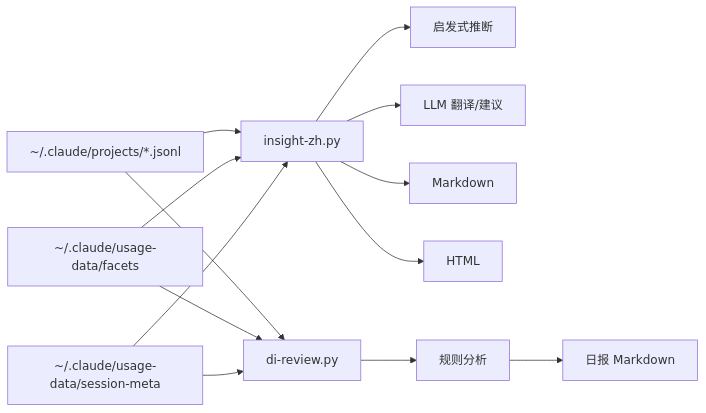
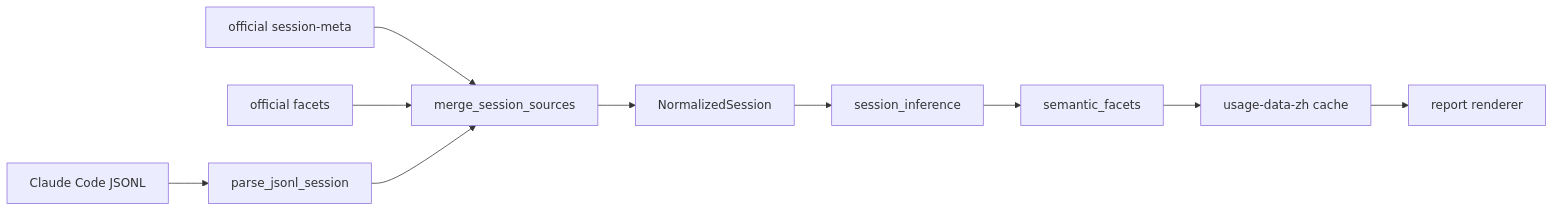
One commit to yang1996202-cpu/claude-code-insight-zh changed the diagram in docs/ARCHITECTURE.md. Above: the diagram before and after it, drawn with Mermaid. The commit also changed other lines of this file and 9 other files, not shown here.

````diff
--- a/docs/ARCHITECTURE.md
+++ b/docs/ARCHITECTURE.md
@@ -33,18 +35,12 @@
 ```mermaid
 flowchart LR
-  A[~/.claude/projects/*.jsonl] --> B[insight-zh.py]
-  C[~/.claude/usage-data/facets]
-  D[~/.claude/usage-data/session-meta]
-  C --> B
-  D --> B
-  B --> E[启发式推断]
-  B --> F[LLM 翻译/建议]
-  B --> G[Markdown]
-  B --> H[HTML]
-
-  A --> I[di-review.py]
-  C --> I
-  D --> I
-  I --> J[规则分析]
-  J --> K[日报 Markdown]
+  A["Claude Code JSONL"] --> B["parse_jsonl_session"]
+  C["official session-meta"] --> D["merge_session_sources"]
+  E["official facets"] --> D
+  B --> D
+  D --> F["NormalizedSession"]
+  F --> G["session_inference"]
+  G --> H["semantic_facets"]
+  H --> I["usage-data-zh cache"]
+  I --> J["report renderer"]
 ```
````
